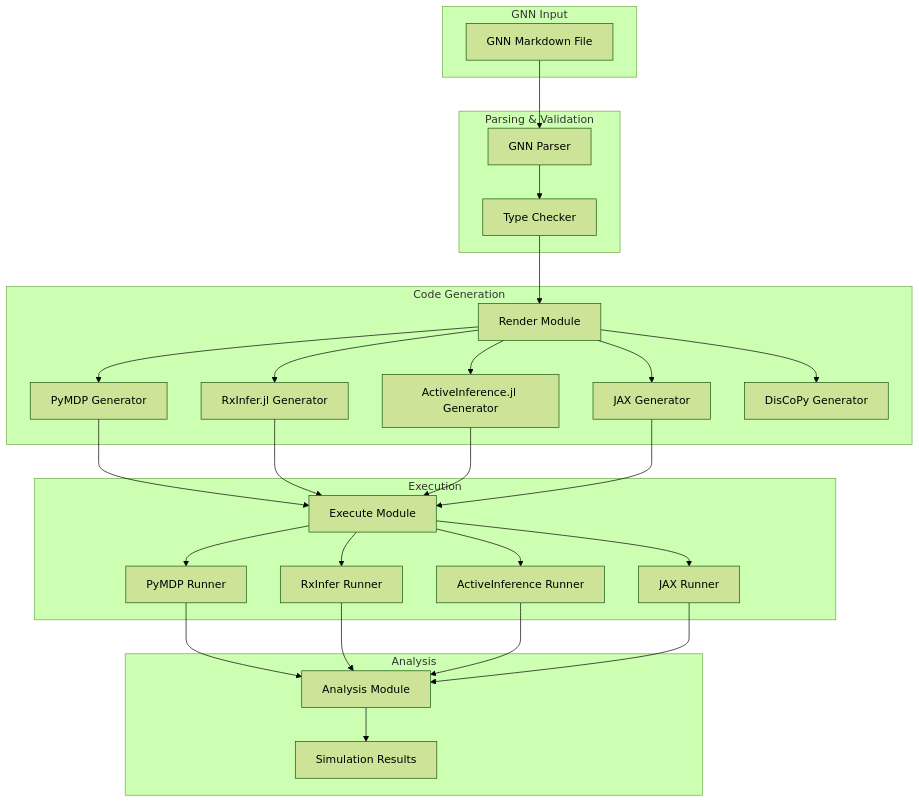
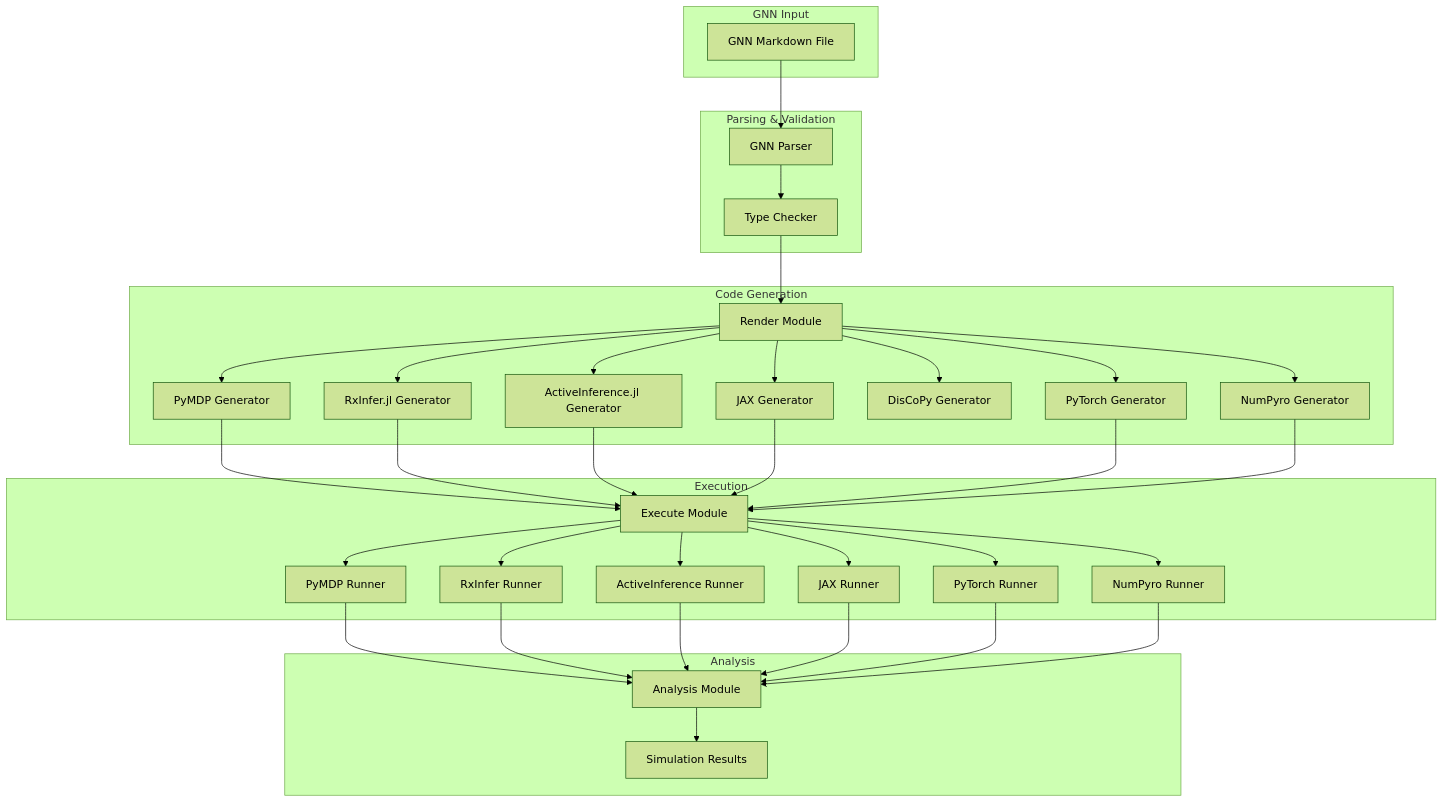
The fourth of 8 diagrams in README.md (ActiveInferenceInstitute/GeneralizedNotationNotation), drawn with Mermaid (forest theme) before and after one commit. The commit also changed other lines of this file and 1810 other files, not shown here.

````diff
--- a/README.md
+++ b/README.md
@@ -363,60 +363,72 @@
 ```mermaid
 graph TB
     subgraph "GNN Input"
         GNNFile[GNN Markdown File]
     end
     
     subgraph "Parsing & Validation"
         Parser[GNN Parser]
         Validator[Type Checker]
     end
     
     subgraph "Code Generation"
         Renderer[Render Module]
         PyMDP[PyMDP Generator]
         RxInfer[RxInfer.jl Generator]
         ActInf[ActiveInference.jl Generator]
         JAX[JAX Generator]
         DisCoPy[DisCoPy Generator]
+        PyTorch[PyTorch Generator]
+        NumPyro[NumPyro Generator]
     end
     
     subgraph "Execution"
         Executor[Execute Module]
         PyMDPExec[PyMDP Runner]
         RxInferExec[RxInfer Runner]
         ActInfExec[ActiveInference Runner]
         JAXExec[JAX Runner]
+        PyTorchExec[PyTorch Runner]
+        NumPyroExec[NumPyro Runner]
     end
     
     subgraph "Analysis"
         Analyzer[Analysis Module]
         Results[Simulation Results]
     end
     
     GNNFile --> Parser
     Parser --> Validator
     Validator --> Renderer
     
     Renderer --> PyMDP
     Renderer --> RxInfer
     Renderer --> ActInf
     Renderer --> JAX
     Renderer --> DisCoPy
+    Renderer --> PyTorch
+    Renderer --> NumPyro
     
     PyMDP --> Executor
     RxInfer --> Executor
     ActInf --> Executor
     JAX --> Executor
+    PyTorch --> Executor
+    NumPyro --> Executor
     
     Executor --> PyMDPExec
     Executor --> RxInferExec
     Executor --> ActInfExec
     Executor --> JAXExec
+    Executor --> PyTorchExec
+    Executor --> NumPyroExec
     
     PyMDPExec --> Analyzer
     RxInferExec --> Analyzer
     ActInfExec --> Analyzer
     JAXExec --> Analyzer
+    PyTorchExec --> Analyzer
+    NumPyroExec --> Analyzer
     
     Analyzer --> Results
 ```
````
